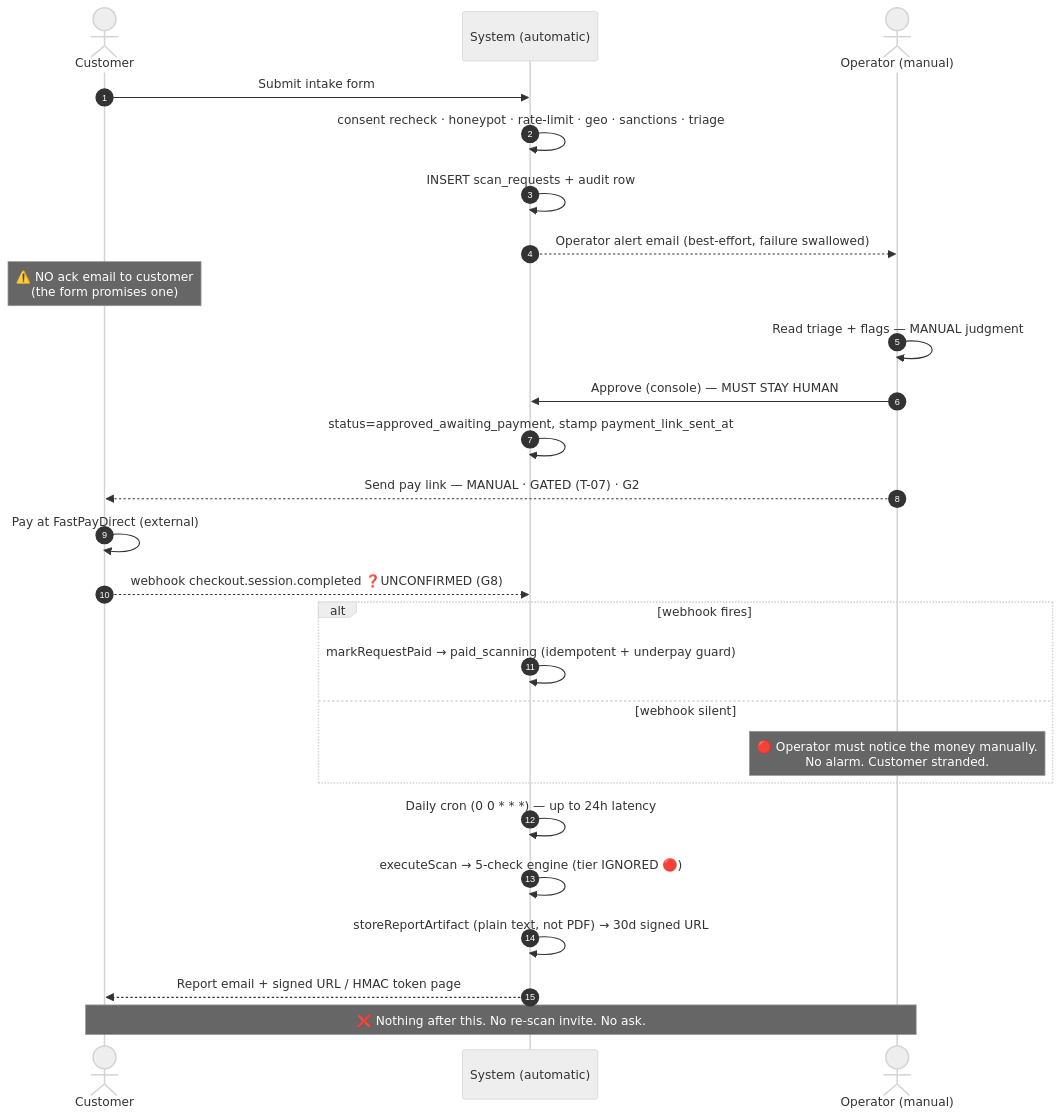
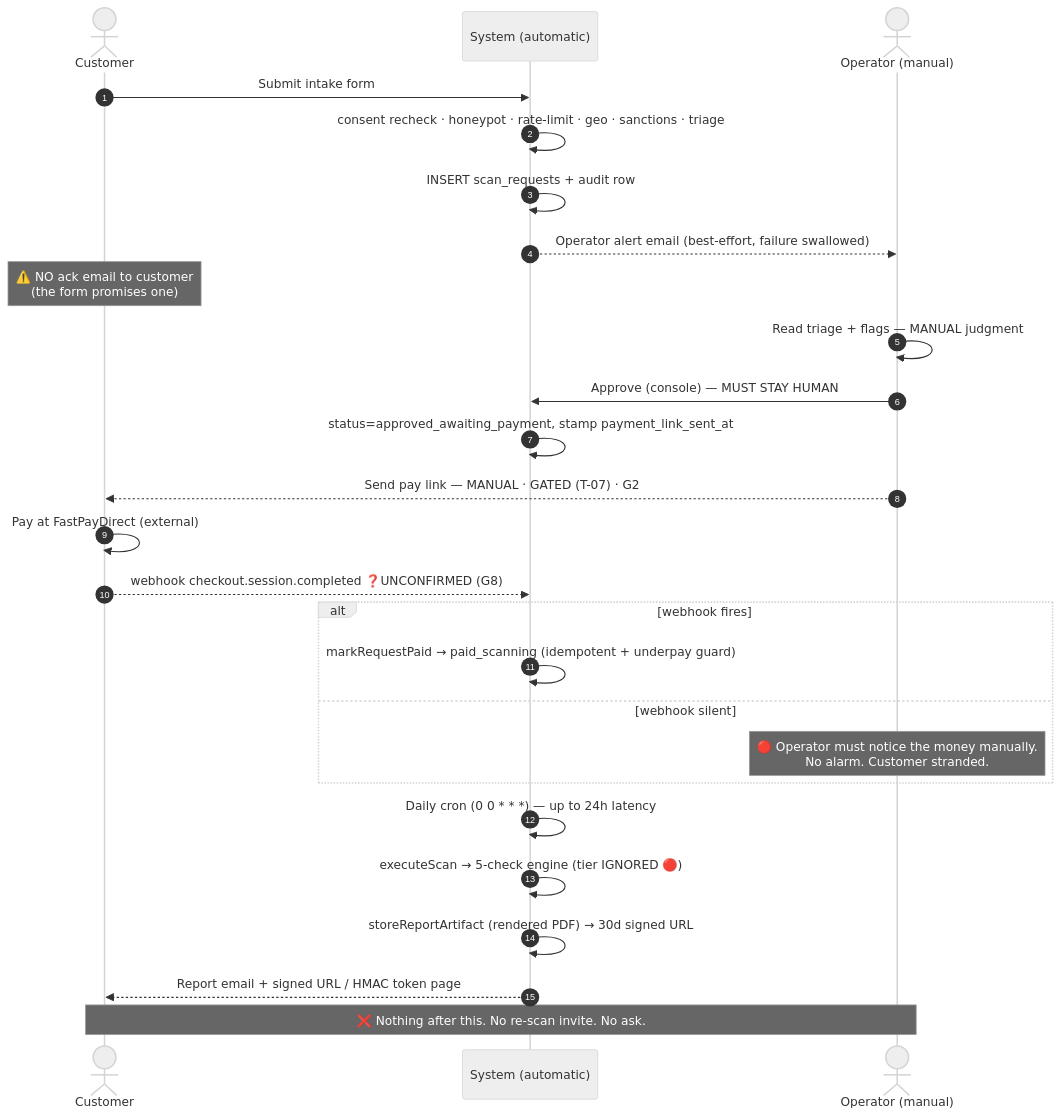
The diagram in docs/BUSINESS-OPS-JOURNEY-MAP.md (sngeetong144-droid/ai-sec-tester), drawn with Mermaid (neutral theme) before and after one commit. The commit also changed other lines of this file and 26 other files, not shown here.

````diff
--- a/docs/BUSINESS-OPS-JOURNEY-MAP.md
+++ b/docs/BUSINESS-OPS-JOURNEY-MAP.md
@@ -154,29 +154,29 @@
 ```mermaid
 sequenceDiagram
     autonumber
     actor C as Customer
     participant S as System (automatic)
     actor O as Operator (manual)
 
     C->>S: Submit intake form
     S->>S: consent recheck · honeypot · rate-limit · geo · sanctions · triage
     S->>S: INSERT scan_requests + audit row
     S-->>O: Operator alert email (best-effort, failure swallowed)
     Note over C: ⚠️ NO ack email to customer<br/>(the form promises one)
     O->>O: Read triage + flags — MANUAL judgment
     O->>S: Approve (console) — MUST STAY HUMAN
     S->>S: status=approved_awaiting_payment, stamp payment_link_sent_at
     O-->>C: Send pay link — MANUAL · GATED (T-07) · G2
     C->>C: Pay at FastPayDirect (external)
     C-->>S: webhook checkout.session.completed ❓UNCONFIRMED (G8)
     alt webhook fires
         S->>S: markRequestPaid → paid_scanning (idempotent + underpay guard)
     else webhook silent
         Note over O: 🔴 Operator must notice the money manually.<br/>No alarm. Customer stranded.
     end
     S->>S: Daily cron (0 0 * * *) — up to 24h latency
     S->>S: executeScan → 5-check engine (tier IGNORED 🔴)
-    S->>S: storeReportArtifact (plain text, not PDF) → 30d signed URL
+    S->>S: storeReportArtifact (rendered PDF) → 30d signed URL
     S-->>C: Report email + signed URL / HMAC token page
     Note over C,O: ❌ Nothing after this. No re-scan invite. No ask.
 ```
````
